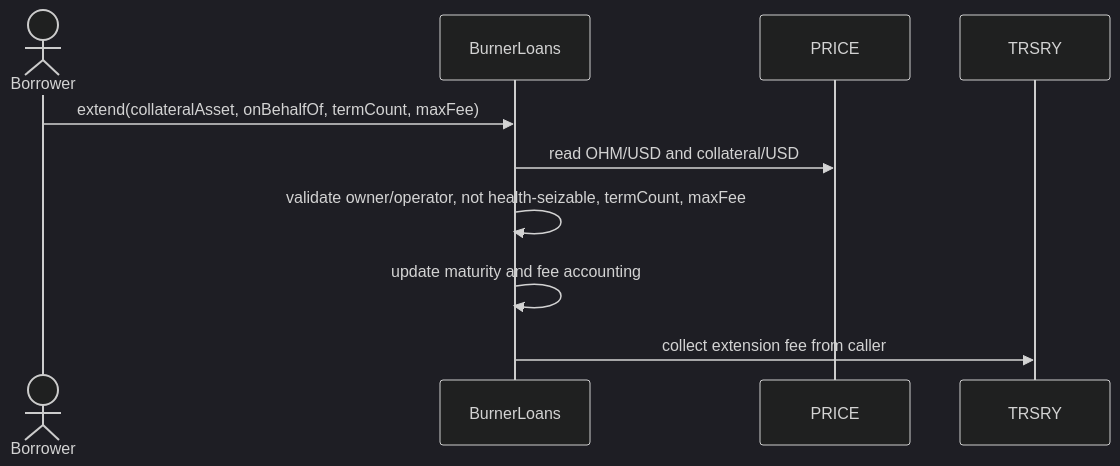
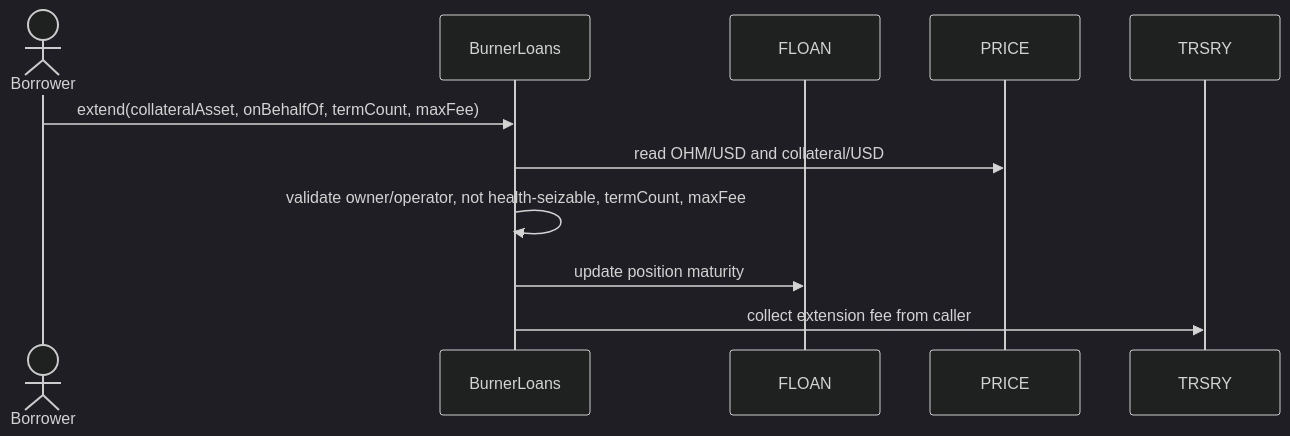
One commit to OlympusDAO/olympus-v3 changed the fifth of 7 diagrams in documentation/burner_loans.md. Above: the diagram before and after it, drawn with Mermaid (dark theme). The commit also changed other lines of this file and 64 other files, not shown here.

Commit message:
refactor(burner-loans)!: adopt facility-scoped fixed-term markets

````diff
--- a/documentation/burner_loans.md
+++ b/documentation/burner_loans.md
@@ -140,13 +163,14 @@
 ```mermaid
 sequenceDiagram
     actor Borrower
     participant BurnerLoans
+    participant FLOAN
     participant PRICE
     participant TRSRY
 
     Borrower->>BurnerLoans: extend(collateralAsset, onBehalfOf, termCount, maxFee)
     BurnerLoans->>PRICE: read OHM/USD and collateral/USD
     BurnerLoans->>BurnerLoans: validate owner/operator, not health-seizable, termCount, maxFee
-    BurnerLoans->>BurnerLoans: update maturity and fee accounting
+    BurnerLoans->>FLOAN: update position maturity
     BurnerLoans->>TRSRY: collect extension fee from caller
 ```
````
